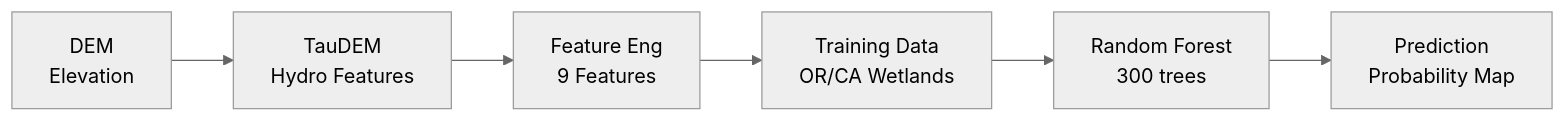
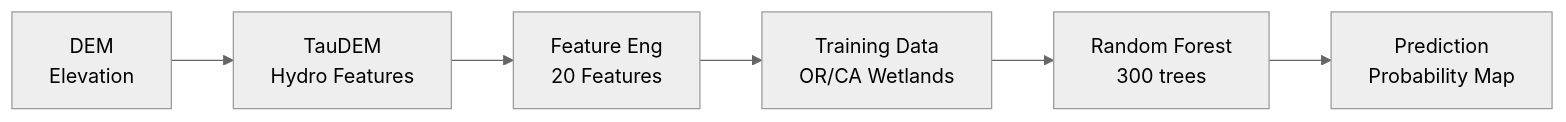
One commit to RaiderSoft/Lost-Meadows changed the diagram in README.md. Above: the diagram before and after it, drawn with Mermaid (neutral theme). The commit also changed other lines of this file and 7 other files, not shown here.

````diff
--- a/README.md
+++ b/README.md
@@ -52,8 +52,8 @@
 ```mermaid
 graph LR
     A[DEM<br/>Elevation] --> B[TauDEM<br/>Hydro Features]
-    B --> C[Feature Eng<br/>9 Features]
+    B --> C[Feature Eng<br/>20 Features]
     C --> D[Training Data<br/>OR/CA Wetlands]
     D --> E[Random Forest<br/>300 trees]
     E --> F[Prediction<br/>Probability Map]
 ```
````
